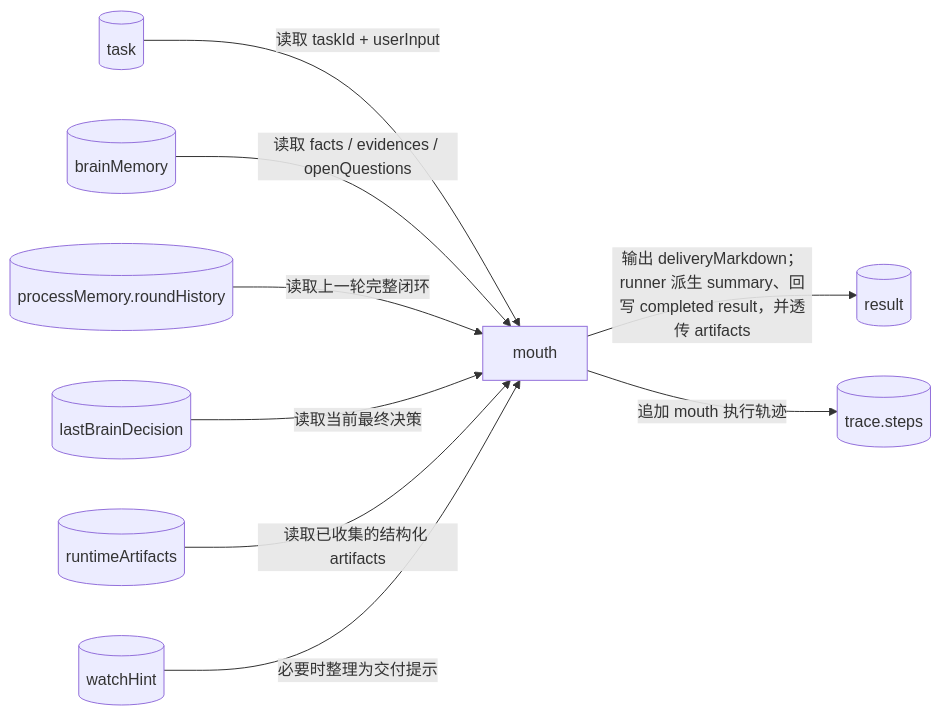
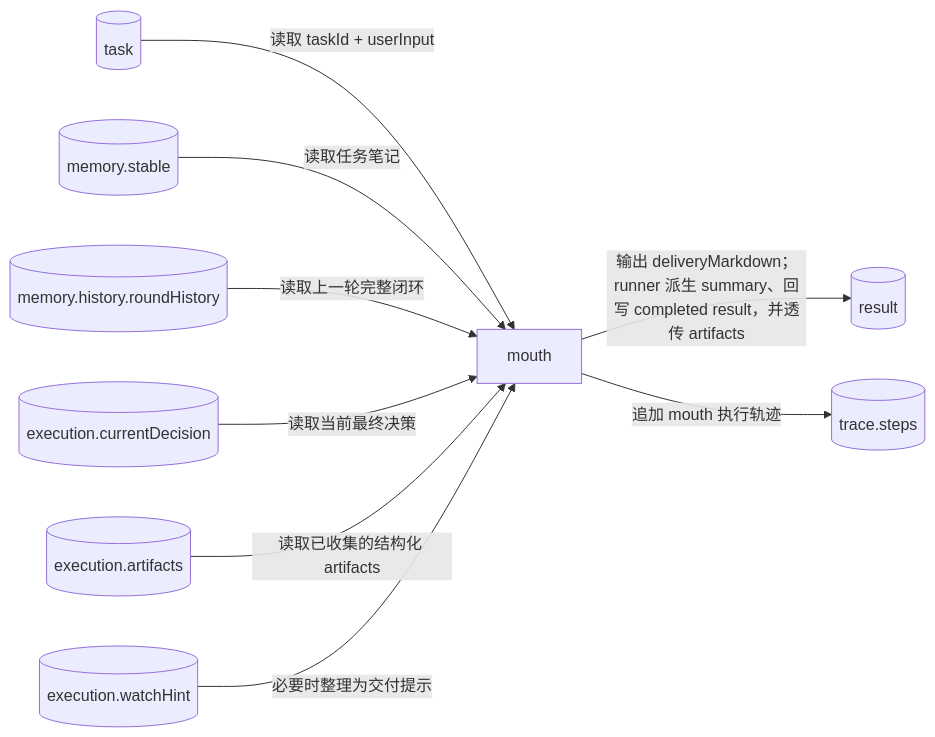
One commit to Yoan98/Ncurator changed the seventh of 7 diagrams in doc/ai-design/data-definition-and-flow.md. Above: the diagram before and after it, drawn with Mermaid. The commit also changed other lines of this file and 52 other files, not shown here.

````diff
--- a/doc/ai-design/data-definition-and-flow.md
+++ b/doc/ai-design/data-definition-and-flow.md
@@ -970,21 +954,21 @@
 ```mermaid
 flowchart LR
     T[("task")]
-    BM[("brainMemory")]
-    PM[("processMemory.roundHistory")]
-    LBD[("lastBrainDecision")]
-    A[("runtimeArtifacts")]
-    WH[("watchHint")]
+    SM[("memory.stable")]
+    PM[("memory.history.roundHistory")]
+    CD[("execution.currentDecision")]
+    A[("execution.artifacts")]
+    WH[("execution.watchHint")]
     M["mouth"]
     R[("result")]
     TR[("trace.steps")]
 
     T -->|读取 taskId + userInput| M
-    BM -->|读取 facts / evidences / openQuestions| M
+    SM -->|读取任务笔记| M
     PM -->|读取上一轮完整闭环| M
-    LBD -->|读取当前最终决策| M
+    CD -->|读取当前最终决策| M
     A -->|读取已收集的结构化 artifacts| M
     WH -->|必要时整理为交付提示| M
     M -->|输出 deliveryMarkdown；runner 派生 summary、回写 completed result，并透传 artifacts| R
     M -->|追加 mouth 执行轨迹| TR
 ```
````
